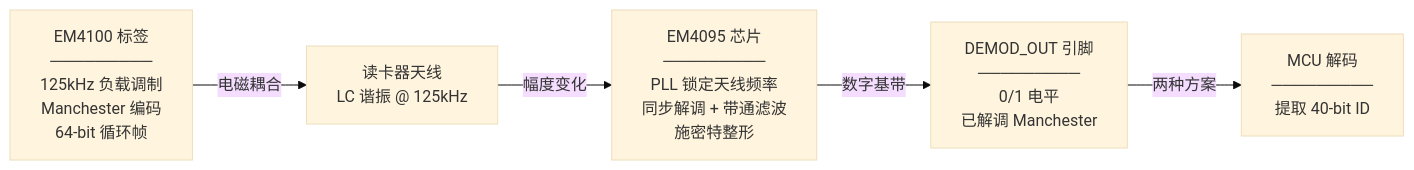
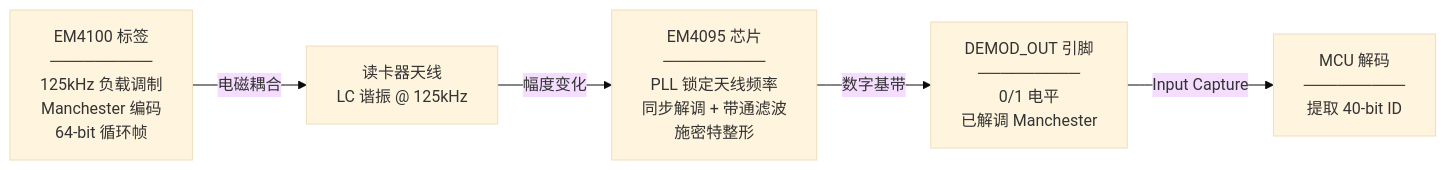
One commit to Siaiai/ObsidianNote changed the first of 7 diagrams in 输出/SR3读卡器/EM4095详解.md. Above: the diagram before and after it, drawn with Mermaid (base theme). The commit also changed other lines of this file and 1 other file, not shown here.

````diff
--- a/输出/SR3读卡器/EM4095详解.md
+++ b/输出/SR3读卡器/EM4095详解.md
@@ -23,15 +18,8 @@
 ```mermaid
-
 flowchart LR
-
-    TAG["EM4100 标签\n─────────\n125kHz 负载调制\nManchester 编码\n64-bit 循环帧"]
-
-    -->|"电磁耦合"| ANT["读卡器天线\nLC 谐振 @ 125kHz"]
-
-    -->|"幅度变化"| CHIP["EM4095 芯片\n─────────\nPLL 锁定天线频率\n同步解调 + 带通滤波\n施密特整形"]
-
-    -->|"数字基带"| DEMOD["DEMOD_OUT 引脚\n─────────\n0/1 电平\n已解调 Manchester"]
-
-    -->|"两种方案"| MCU["MCU 解码\n─────────\n提取 40-bit ID"]
-
+    TAG["EM4100 标签\n─────────\n125kHz 负载调制\nManchester 编码\n64-bit 循环帧"]
+    -->|"电磁耦合"| ANT["读卡器天线\nLC 谐振 @ 125kHz"]
+    -->|"幅度变化"| CHIP["EM4095 芯片\n─────────\nPLL 锁定天线频率\n同步解调 + 带通滤波\n施密特整形"]
+    -->|"数字基带"| DEMOD["DEMOD_OUT 引脚\n─────────\n0/1 电平\n已解调 Manchester"]
+    -->|"Input Capture"| MCU["MCU 解码\n─────────\n提取 40-bit ID"]
 ```
````
